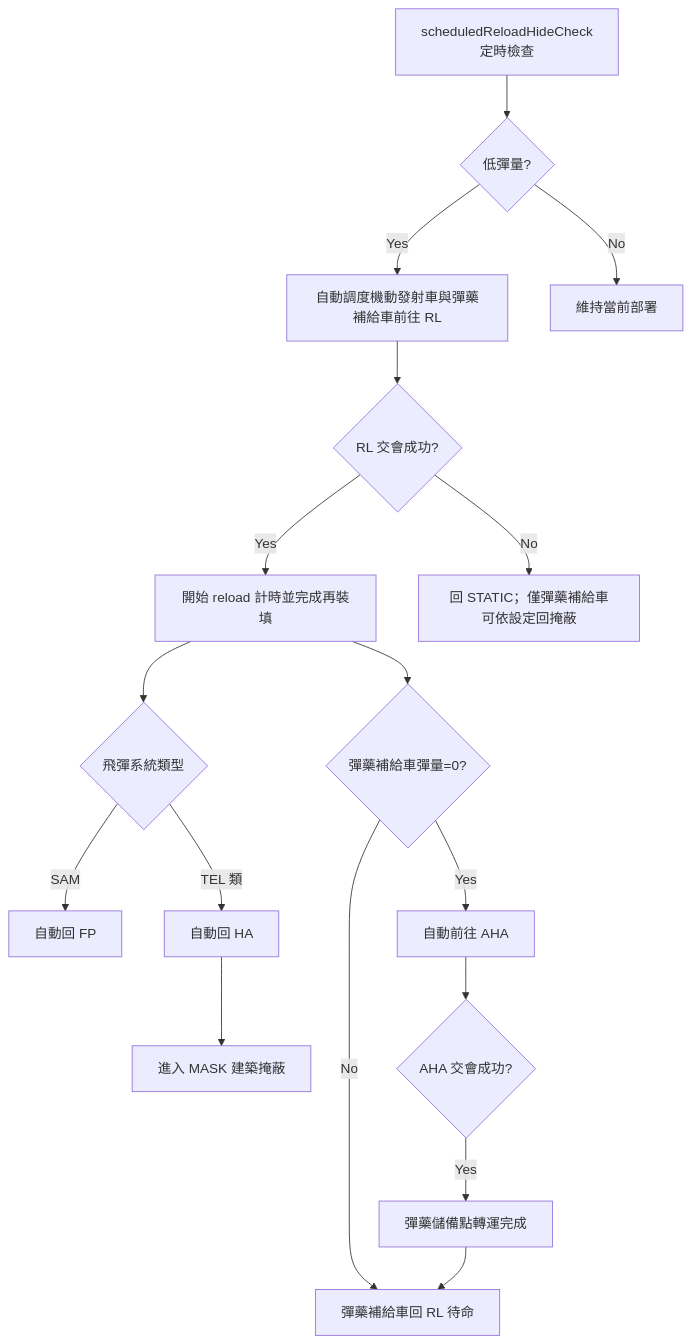
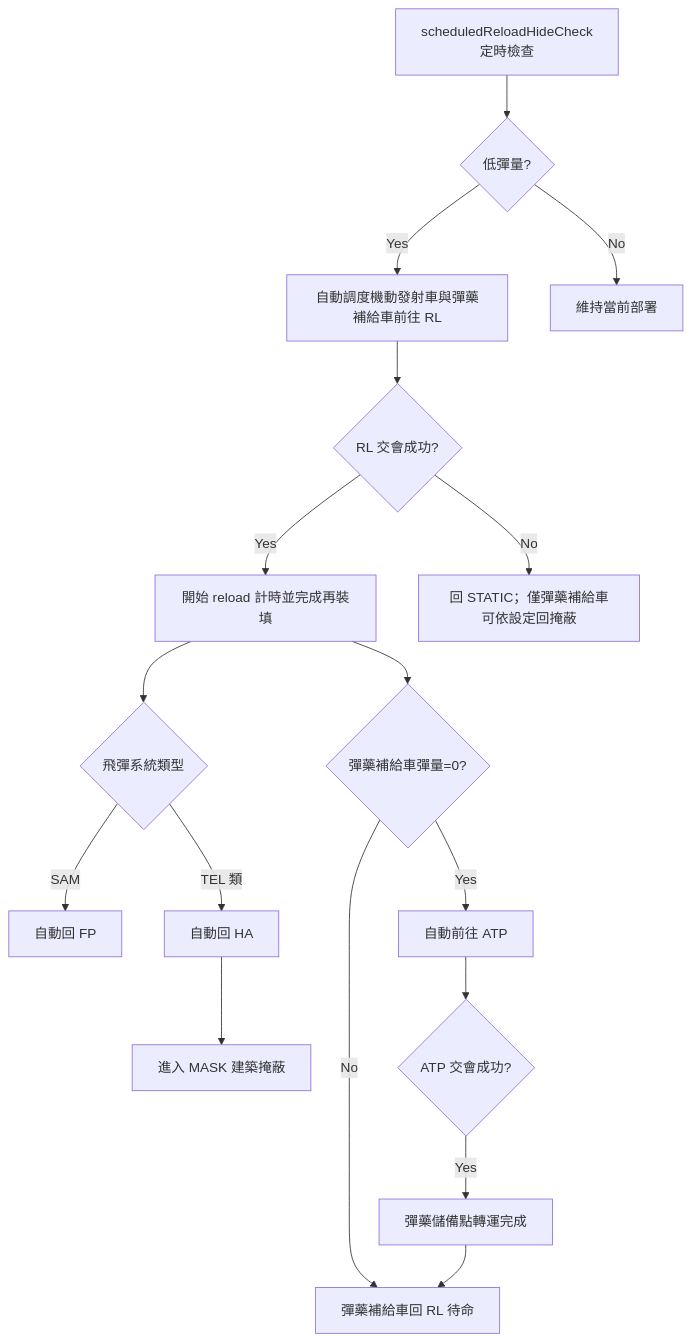
One commit to pullupjumper/formosa-in-flames changed the first of 2 diagrams in docs/missileSystem/README.md. Above: the diagram before and after it, drawn with Mermaid. The commit also changed other lines of this file and 59 other files, not shown here.

First line of the commit message:
refactor(missileSystem): rename ammo holding area (AHA) to ammunition transfer point (ATP)

````diff
--- a/docs/missileSystem/README.md
+++ b/docs/missileSystem/README.md
@@ -65,22 +65,22 @@
 ```mermaid
 flowchart TB
     CN_TICK[scheduledReloadHideCheck定時檢查] --> CN_LOW{低彈量?}
     CN_LOW -->|Yes| CN_MOVE[自動調度機動發射車與彈藥補給車前往 RL]
     CN_LOW -->|No| CN_KEEP[維持當前部署]
 
     CN_MOVE --> CN_RL{RL 交會成功?}
     CN_RL -->|Yes| CN_RELOAD[開始 reload 計時並完成再裝填]
     CN_RL -->|No| CN_FAIL[回 STATIC；僅彈藥補給車可依設定回掩蔽]
 
     CN_RELOAD --> CN_BRANCH{飛彈系統類型}
     CN_BRANCH -->|SAM| CN_FP[自動回 FP]
     CN_BRANCH -->|TEL 類| CN_HA[自動回 HA]
     CN_HA --> CN_MASK[進入 MASK 建築掩蔽]
 
     CN_RELOAD --> CN_RU0{彈藥補給車彈量=0?}
-    CN_RU0 -->|Yes| CN_AHA[自動前往 AHA]
+    CN_RU0 -->|Yes| CN_ATP[自動前往 ATP]
     CN_RU0 -->|No| CN_RLREADY[彈藥補給車回 RL 待命]
-    CN_AHA --> CN_AHAMEET{AHA 交會成功?}
-    CN_AHAMEET -->|Yes| CN_TRANSFER[彈藥儲備點轉運完成]
+    CN_ATP --> CN_ATPMEET{ATP 交會成功?}
+    CN_ATPMEET -->|Yes| CN_TRANSFER[彈藥儲備點轉運完成]
     CN_TRANSFER --> CN_RLREADY
 ```
````
